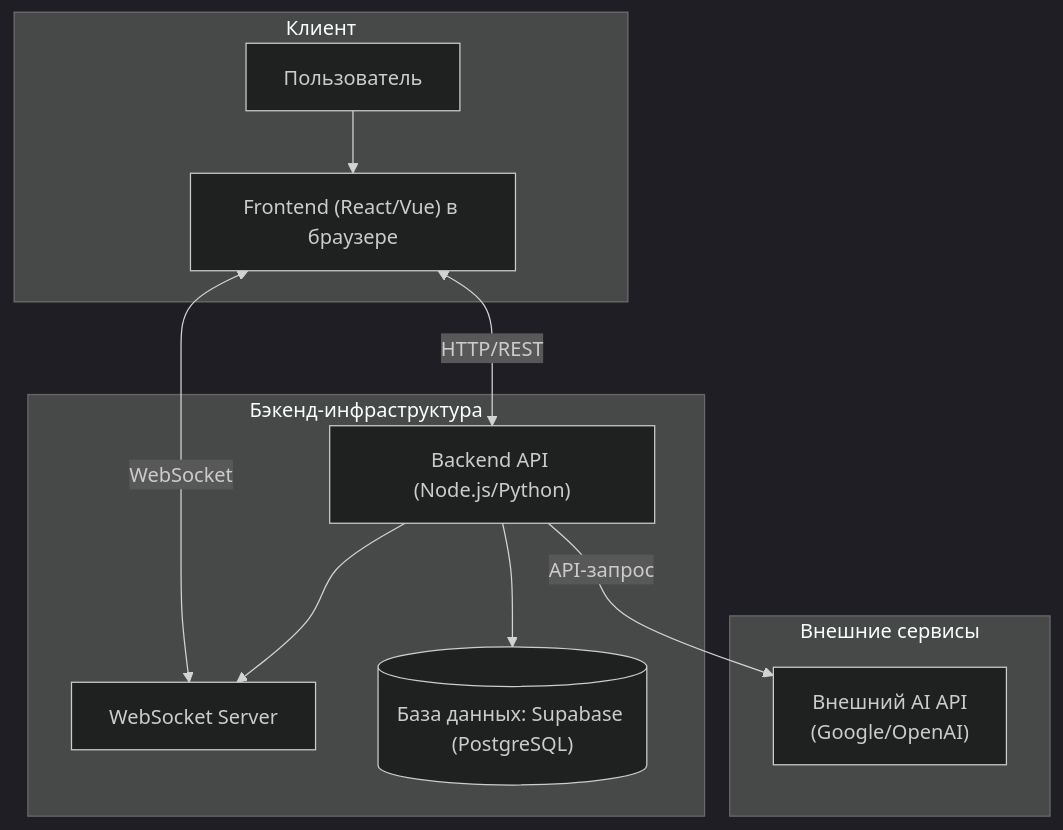
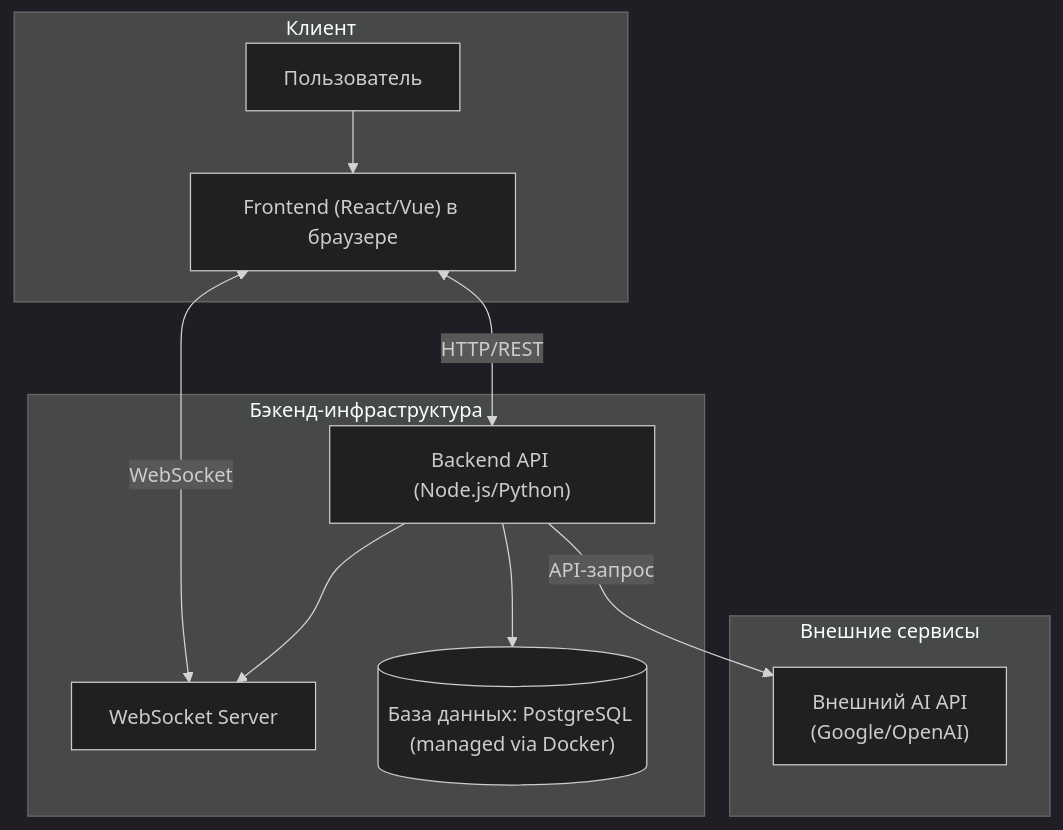
The first of 2 diagrams in docs/Solution Design.md (smart-tinker/mutabor), drawn with Mermaid (dark theme) before and after one commit. The commit also changed other lines of this file and 18 other files, not shown here.

````diff
--- a/docs/Solution Design.md
+++ b/docs/Solution Design.md
@@ -48,22 +48,22 @@
 ```mermaid
 graph TD
     subgraph "Клиент"
         User[Пользователь] --> Browser["Frontend (React/Vue) в браузере"]
     end
 
     subgraph "Бэкенд-инфраструктура"
         Backend["Backend API (Node.js/Python)"]
         Realtime[WebSocket Server]
-        DB[("База данных: Supabase (PostgreSQL)")]
+        DB[("База данных: PostgreSQL (managed via Docker)")]
     end
 
     subgraph "Внешние сервисы"
         AI_Service["Внешний AI API <br/> (Google/OpenAI)"]
     end
 
     Browser <-- HTTP/REST --> Backend
     Browser <-- WebSocket --> Realtime
     Backend --> DB
     Backend --> Realtime
     Backend -- API-запрос --> AI_Service
 ```
````
